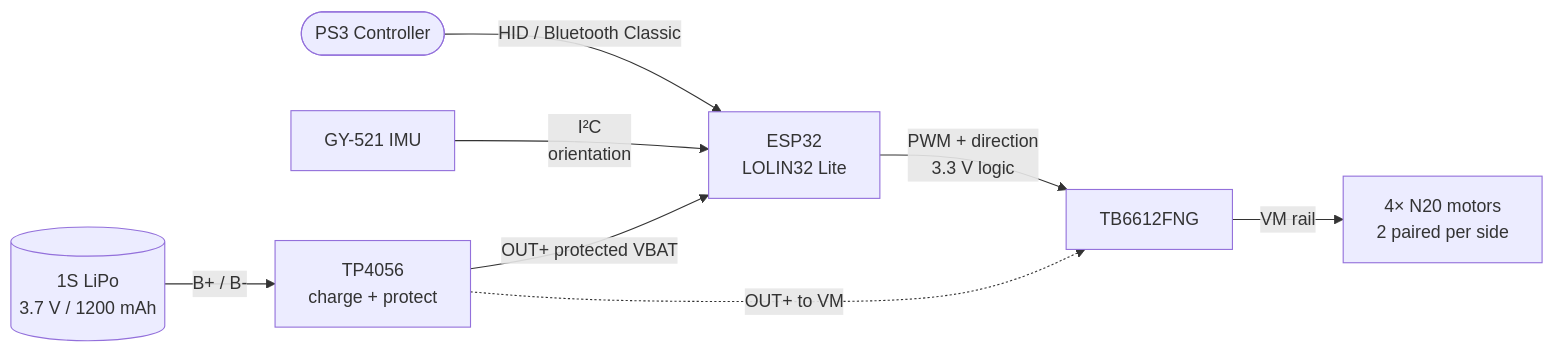
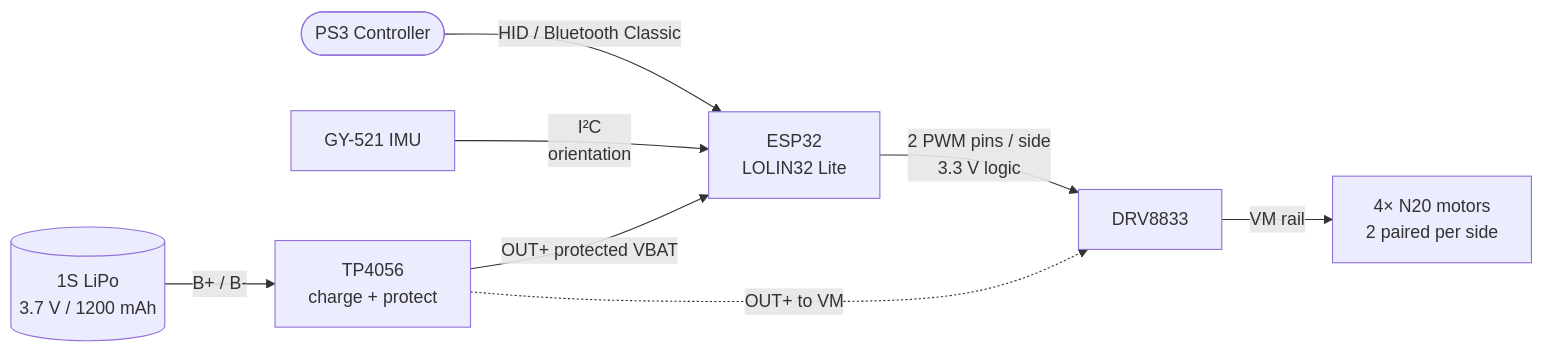
The first of 2 diagrams in README.md (wouterds/minibot), drawn with Mermaid before and after one commit. The commit also changed other lines of this file, not shown here.

Commit message:
docs: switch wiring and power diagrams from TB6612FNG to DRV8833

````diff
--- a/README.md
+++ b/README.md
@@ -20,10 +20,10 @@
 ```mermaid
 flowchart LR
     PS3([PS3 Controller]) -->|HID / Bluetooth Classic| ESP[ESP32<br/>LOLIN32 Lite]
     IMU[GY-521 IMU] -->|I²C<br/>orientation| ESP
-    ESP -->|PWM + direction<br/>3.3 V logic| DRV[TB6612FNG]
+    ESP -->|2 PWM pins / side<br/>3.3 V logic| DRV[DRV8833]
     DRV -->|VM rail| MOT[4× N20 motors<br/>2 paired per side]
     BAT[(1S LiPo<br/>3.7 V / 1200 mAh)] -->|B+ / B-| TP[TP4056<br/>charge + protect]
     TP -->|OUT+ protected VBAT| ESP
     TP -.->|OUT+ to VM| DRV
 ```
````
